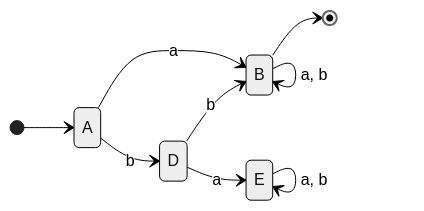
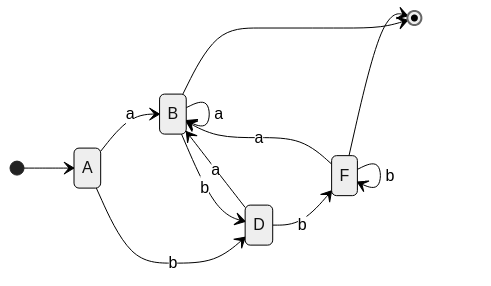
One commit to cijjas/ObsNotas changed the seventh of 8 diagrams in TLA/Parciales/2Q - 2016.md. Above: the diagram before and after it, drawn with Mermaid (neutral theme). The commit also changed other lines of this file and 9 other files, not shown here.

````diff
--- a/TLA/Parciales/2Q - 2016.md
+++ b/TLA/Parciales/2Q - 2016.md
@@ -177,12 +173,15 @@
 ```mermaid
 stateDiagram
 direction LR
 [*] --> A
 A --> B : a
 A --> D : b
-B --> B :a, b
-D --> E : a
-D --> B: b
-E --> E : a, b
+B --> B : a
+B --> D : b
+D --> B : a
+D --> F: b
+F --> B :a
+F --> F :b
 B --> [*]
+F --> [*]
 ```
````
